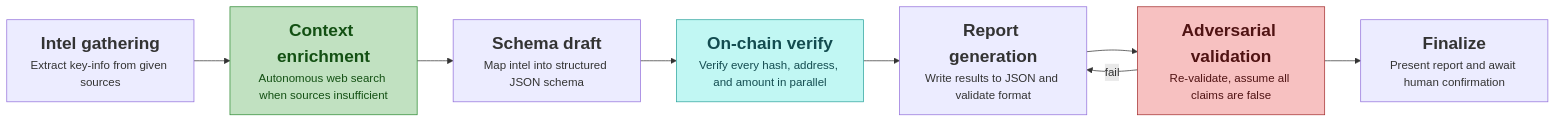
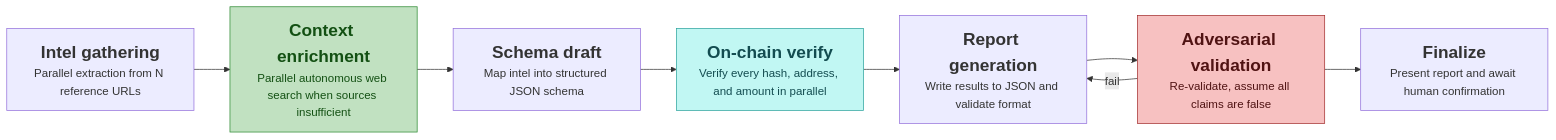
The diagram in README.md (DeFiHackLabs/defi-incident-investigation-skill), drawn with Mermaid before and after one commit. The commit also changed other lines of this file, not shown here.

````diff
--- a/README.md
+++ b/README.md
@@ -26,17 +26,17 @@
 ```mermaid
 flowchart LR
-    A["<font size=5><b>Intel gathering</b></font><br/>Extract key-info from given sources"]
-    G["<font size=5><b>Context enrichment</b></font><br/>Autonomous web search when sources insufficient"]
+    A["<font size=5><b>Intel gathering</b></font><br/>Parallel extraction from N reference URLs"]
+    G["<font size=5><b>Context enrichment</b></font><br/>Parallel autonomous web search when sources insufficient"]
     B["<font size=5><b>Schema draft</b></font><br/>Map intel into structured JSON schema"]
     C["<font size=5><b>On-chain verify</b></font><br/>Verify every hash, address, and amount in parallel"]
     D["<font size=5><b>Report generation</b></font><br/>Write results to JSON and validate format"]
     E["<font size=5><b>Adversarial validation</b></font><br/>Re-validate, assume all claims are false"]
     F["<font size=5><b>Finalize</b></font><br/>Present report and await human confirmation"]
 
     A --> G --> B --> C --> D --> E --> F
     E -- fail --> D
 
     style E fill:#f7c1c1,stroke:#A32D2D,color:#501313
     style C fill:#C1F7F3,stroke:#2DA39D,color:#134C50
     style G fill:#c1e1c1,stroke:#2D8A32,color:#135013
 ```
````
